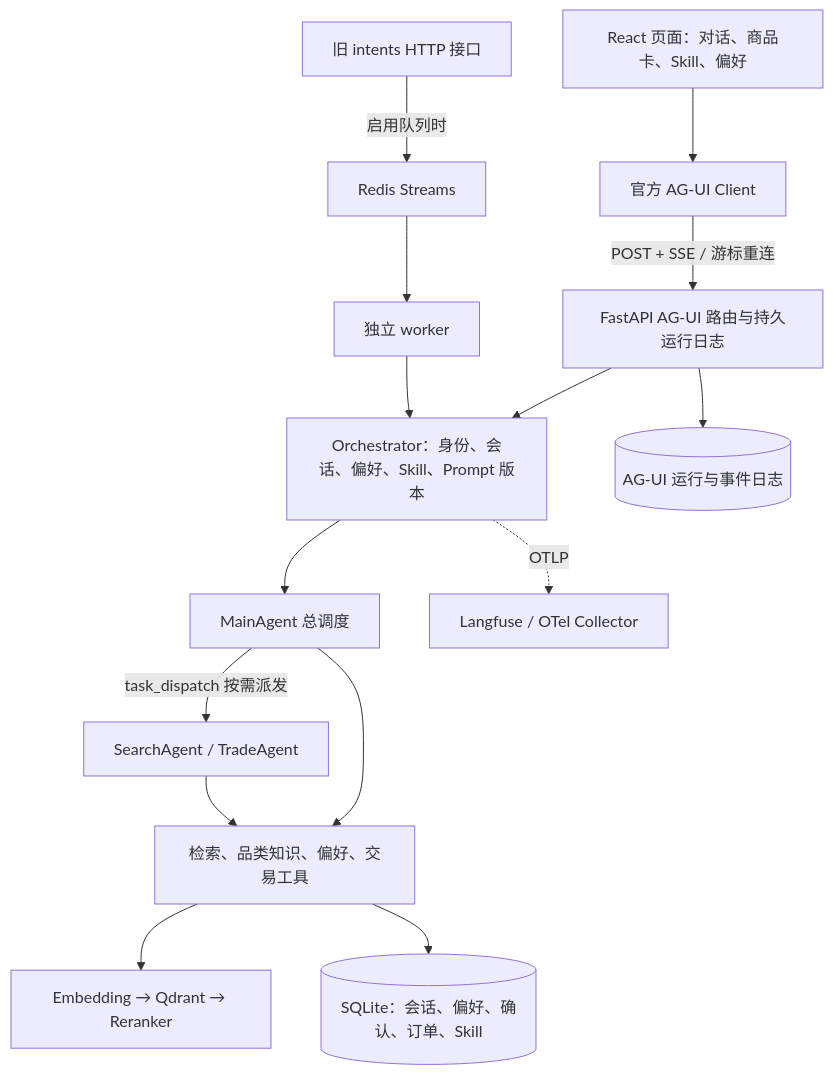
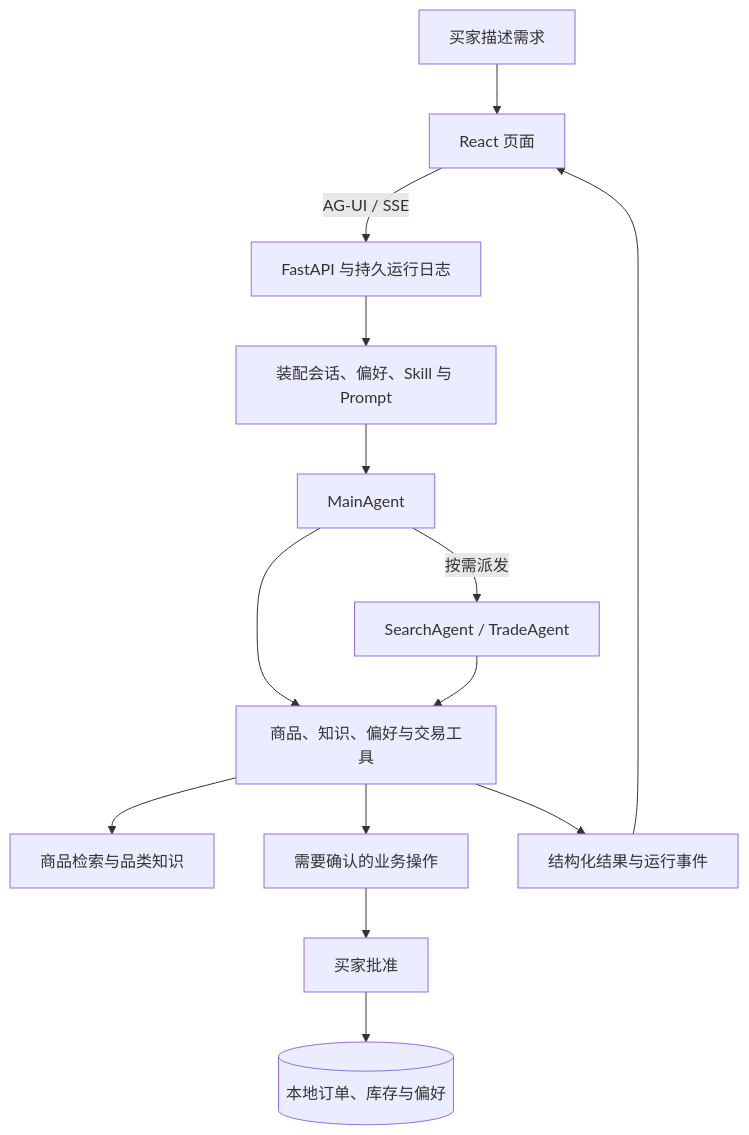
One commit to LittleSongxx/smartlect changed the diagram in README.md. Above: the diagram before and after it, drawn with Mermaid. The commit also changed other lines of this file, not shown here.

````diff
--- a/README.md
+++ b/README.md
@@ -120,17 +197,19 @@
 ```mermaid
 flowchart TD
-    UI[React 页面：对话、商品卡、Skill、偏好] --> Client[官方 AG-UI Client]
-    Client -->|POST + SSE / 游标重连| API[FastAPI AG-UI 路由与持久运行日志]
-    API --> Orchestrator[Orchestrator：身份、会话、偏好、Skill、Prompt 版本]
-    Orchestrator --> Main[MainAgent 总调度]
-    Main --> Tools[检索、品类知识、偏好、交易工具]
-    Main -->|task_dispatch 按需派发| Sub[SearchAgent / TradeAgent]
+    User[买家描述需求] --> UI[React 页面]
+    UI -->|AG-UI / SSE| API[FastAPI 与持久运行日志]
+    API --> Context[装配会话、偏好、Skill 与 Prompt]
+    Context --> Main[MainAgent]
+
+    Main --> Tools[商品、知识、偏好与交易工具]
+    Main -->|按需派发| Sub[SearchAgent / TradeAgent]
     Sub --> Tools
-    Tools --> Search[Embedding → Qdrant → Reranker]
-    Tools --> DB[(SQLite：会话、偏好、确认、订单、Skill)]
-    API --> Journal[(AG-UI 运行与事件日志)]
-    Legacy[旧 intents HTTP 接口] -->|启用队列时| Redis[Redis Streams]
-    Redis --> Worker[独立 worker]
-    Worker --> Orchestrator
-    Orchestrator -. OTLP .-> Trace[Langfuse / OTel Collector]
+
+    Tools --> Search[商品检索与品类知识]
+    Tools --> Approval[需要确认的业务操作]
+    Approval --> Confirm[买家批准]
+    Confirm --> Store[(本地订单、库存与偏好)]
+
+    Tools --> Events[结构化结果与运行事件]
+    Events --> UI
 ```
````
